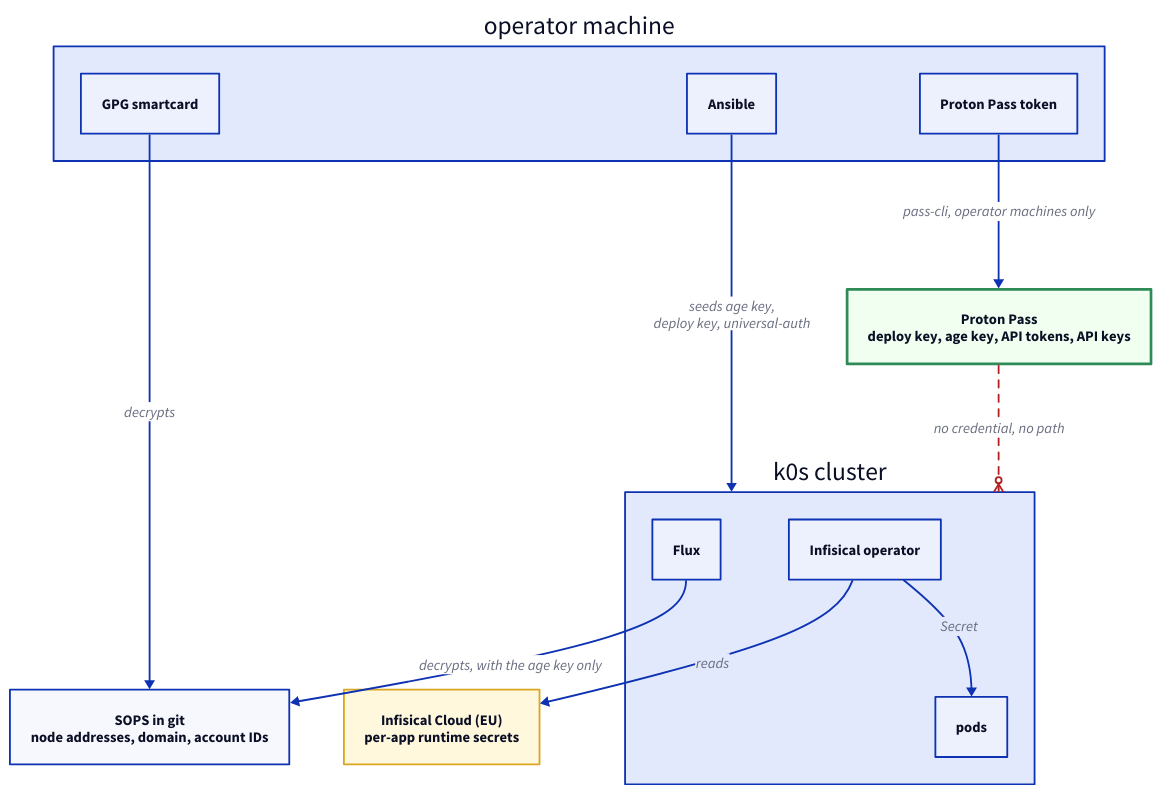
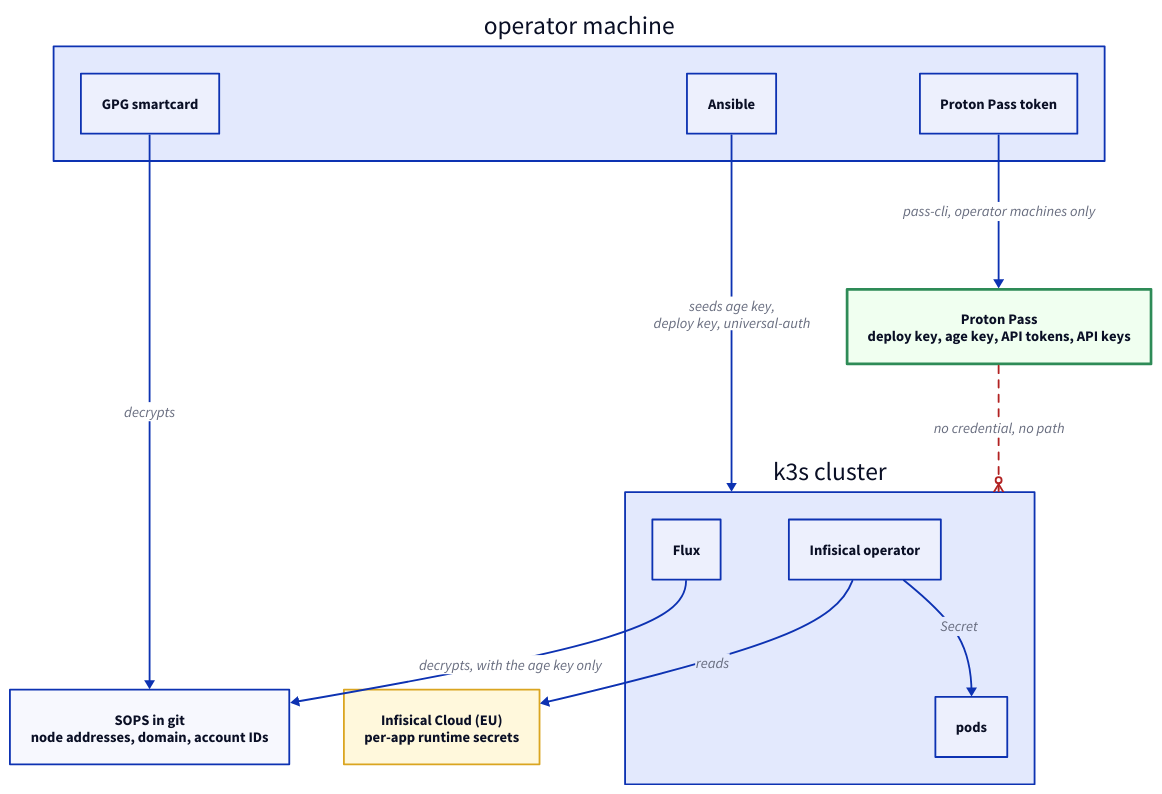
Before and after one commit to brewcoua/futhark: the diagram in docs/src/conventions/secrets.md, drawn with D2. The commit also changed other lines of this file and 77 other files, not shown here.

````diff
--- a/docs/src/conventions/secrets.md
+++ b/docs/src/conventions/secrets.md
@@ -35,56 +35,56 @@
 ```d2
 direction: down
 
 classes: {
   boundary: {
     style: {
       stroke-width: 3
       stroke: seagreen
       fill: honeydew
     }
   }
   external: {
     style: {
       stroke: goldenrod
       fill: cornsilk
     }
   }
   denied: {
     style: {
       stroke: firebrick
       stroke-dash: 4
     }
   }
 }
 
 operator: operator machine {
   gpg: GPG smartcard
   ansible: Ansible
   pat: Proton Pass token
 }
 
 pass: "Proton Pass\ndeploy key, age key, API tokens, API keys" {
   class: boundary
 }
 sops: SOPS in git\nnode addresses, domain, account IDs
 infisical: "Infisical Cloud (EU)\nper-app runtime secrets" { class: external }
 
-cluster: k0s cluster {
+cluster: k3s cluster {
   flux: Flux
   infop: Infisical operator
   pods: pods
   infop -> pods: Secret
 }
 
 operator.gpg -> sops: decrypts
 operator.pat -> pass: pass-cli, operator machines only
 operator.ansible -> cluster: seeds age key,\ndeploy key, universal-auth
 
 cluster.flux -> sops: decrypts, with the age key only
 cluster.infop -> infisical: reads
 
 pass -> cluster: "no credential, no path" {
   class: denied
   target-arrowhead.shape: cf-many
 }
 ```
````
